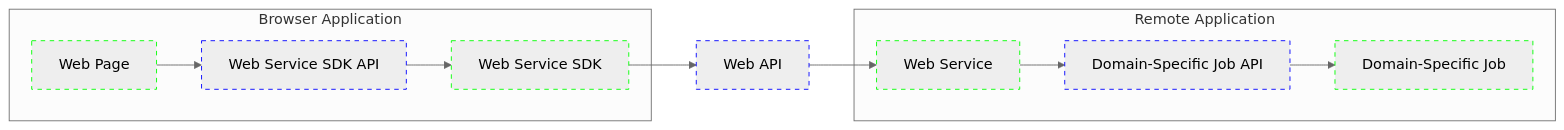
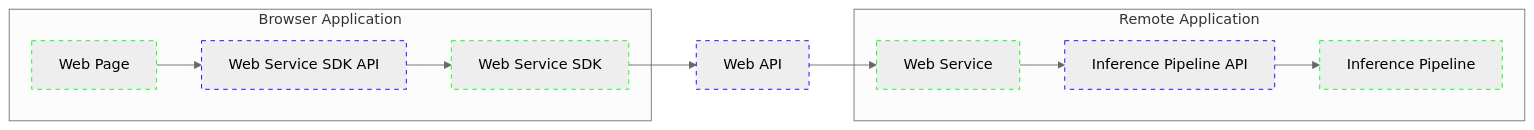
The diagram in docs/webAPI/architecture.mmd (bjacobgordon/shark-ui), drawn with Mermaid (neutral theme) before and after one commit.

Commit message:
step: specifies the "domain-specific job"

```diff
--- a/docs/webAPI/architecture.mmd
+++ b/docs/webAPI/architecture.mmd
@@ -1,40 +1,40 @@
 flowchart LR
   classDef Contract          stroke: #00F, stroke-dasharray: 5
   classDef ApplicationModule stroke: #0F0, stroke-dasharray: 5
 
   subgraph BrowserApplication[Browser Application]
     BrowserApplication_WebPage[Web Page]
     class BrowserApplication_WebPage ApplicationModule
 
     BrowserApplication_WebPage --> BrowserApplication_WebServiceSDK_API
 
     BrowserApplication_WebServiceSDK_API[Web Service SDK API]
     class BrowserApplication_WebServiceSDK_API Contract
 
     BrowserApplication_WebServiceSDK_API --> BrowserApplication_WebServiceSDK
 
     BrowserApplication_WebServiceSDK[Web Service SDK]
     class BrowserApplication_WebServiceSDK ApplicationModule
   end
 
   BrowserApplication_WebServiceSDK --> WebAPI
 
   WebAPI[Web API]
   class WebAPI Contract
 
   WebAPI --> RemoteApplication_WebService
 
   subgraph RemoteApplication[Remote Application]
     RemoteApplication_WebService[Web Service]
     class RemoteApplication_WebService ApplicationModule
 
-    RemoteApplication_WebService --> RemoteApplication_DomainSpecificJob_API
+    RemoteApplication_WebService --> RemoteApplication_InferencePipeline_API
 
-    RemoteApplication_DomainSpecificJob_API[Domain-Specific Job API]
-    class RemoteApplication_DomainSpecificJob_API Contract
+    RemoteApplication_InferencePipeline_API[Inference Pipeline API]
+    class RemoteApplication_InferencePipeline_API Contract
 
-    RemoteApplication_DomainSpecificJob_API --> RemoteApplication_DomainSpecificJob
+    RemoteApplication_InferencePipeline_API --> RemoteApplication_InferencePipeline
 
-    RemoteApplication_DomainSpecificJob[Domain-Specific Job]
-    class RemoteApplication_DomainSpecificJob ApplicationModule
+    RemoteApplication_InferencePipeline[Inference Pipeline]
+    class RemoteApplication_InferencePipeline ApplicationModule
   end
```
